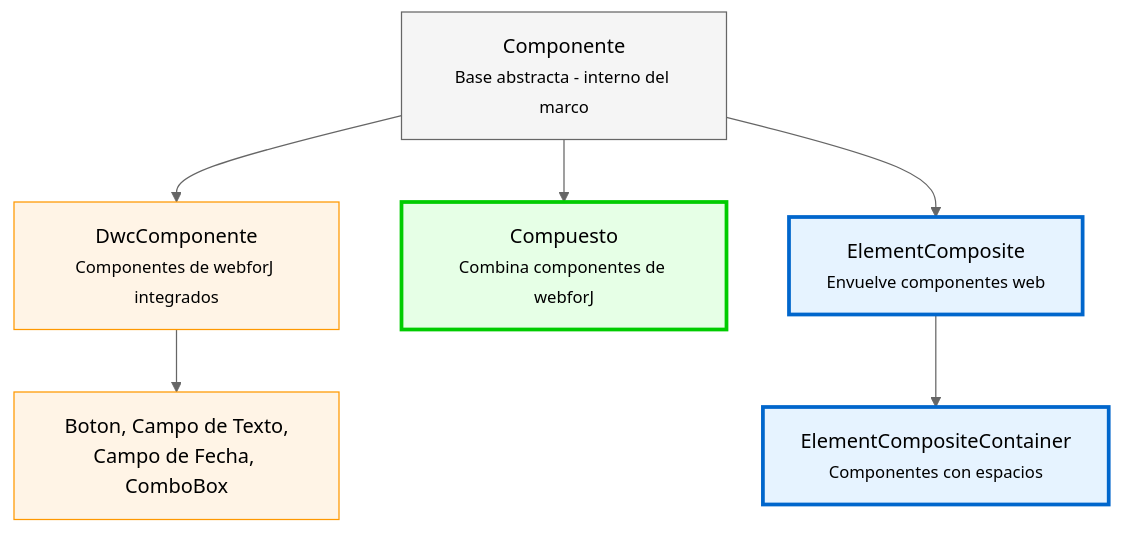
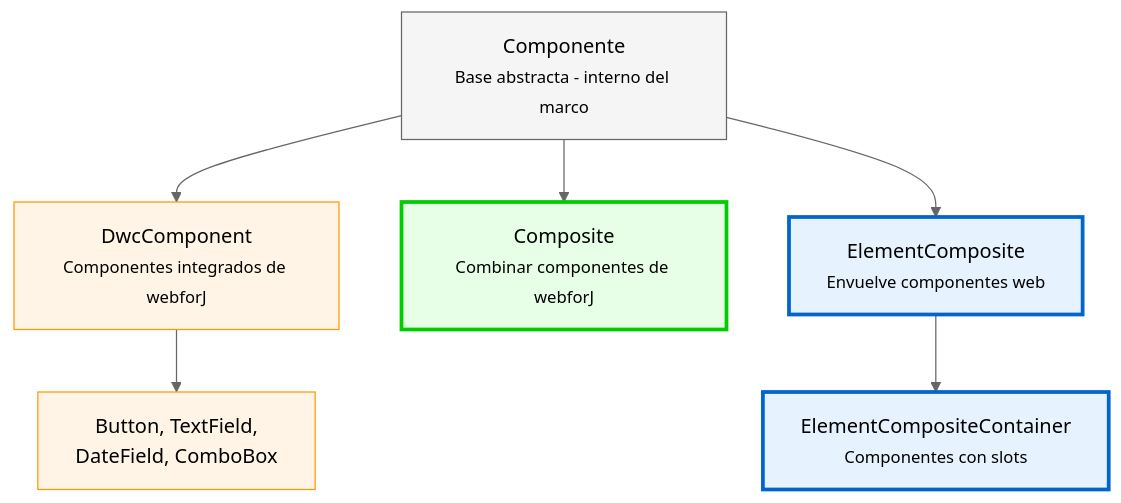
The diagram in docs/i18n/es/docusaurus-plugin-content-docs/current/building-ui/component-fundamentals.md (webforj/webforj-documentation), drawn with Mermaid (neutral theme) before and after one commit. The commit also changed other lines of this file and 209 other files, not shown here.

Commit message:
fix: add code tags to messed up Finnish file element-composite.md - Copied the translated files from the translation build - Fixed the error in the Finnish file

````diff
--- a/docs/i18n/es/docusaurus-plugin-content-docs/current/building-ui/component-fundamentals.md
+++ b/docs/i18n/es/docusaurus-plugin-content-docs/current/building-ui/component-fundamentals.md
@@ -53,22 +52,22 @@
 ```mermaid
 graph TD
     A[Componente<br/><small>Base abstracta - interno del marco</small>]
     
-    A --> B[DwcComponente<br/><small>Componentes de webforJ integrados</small>]
-    A --> C[Compuesto<br/><small>Combina componentes de webforJ</small>]
+    A --> B[DwcComponent<br/><small>Componentes integrados de webforJ</small>]
+    A --> C[Composite<br/><small>Combinar componentes de webforJ</small>]
     A --> D[ElementComposite<br/><small>Envuelve componentes web</small>]
     
-    B --> E[Boton, Campo de Texto,<br/>Campo de Fecha, ComboBox]
+    B --> E[Button, TextField,<br/>DateField, ComboBox]
     
-    D --> F[ElementCompositeContainer<br/><small>Componentes con espacios</small>]
+    D --> F[ElementCompositeContainer<br/><small>Componentes con slots</small>]
     
     style A fill:#f5f5f5,stroke:#666
     style B fill:#fff4e6,stroke:#ff9800
     style C fill:#e6ffe6,stroke:#00cc00
     style D fill:#e6f3ff,stroke:#0066cc
     style E fill:#fff4e6,stroke:#ff9800
     style F fill:#e6f3ff,stroke:#0066cc
     
     classDef userClass stroke-width:3px
     class C,D,F userClass
 ```
````
